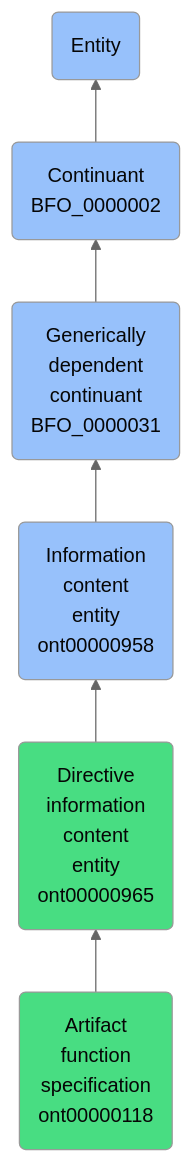
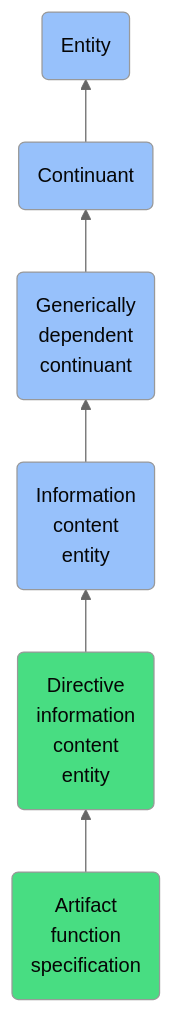
One commit to jupyter-naas/abi changed the diagram in docs/ontology/reference/model/Entity/Continuant/Generically dependent continuant/Information content entity/Directive information content entity/Artifact function specification/Artifact function specification.md. Above: the diagram before and after it, drawn with Mermaid (neutral theme). The commit also changed other lines of this file and 1430 other files, not shown here.

````diff
--- a/docs/ontology/reference/model/Entity/Continuant/Generically dependent continuant/Information content entity/Directive information content entity/Artifact function specification/Artifact function specification.md
+++ b/docs/ontology/reference/model/Entity/Continuant/Generically dependent continuant/Information content entity/Directive information content entity/Artifact function specification/Artifact function specification.md
@@ -24,13 +24,13 @@
 ```mermaid
 graph BT
-    ont00000118(Artifact<br>function<br>specification<br>ont00000118):::ABI-->ont00000965
-    ont00000965(Directive<br>information<br>content<br>entity<br>ont00000965):::ABI-->ont00000958
-    ont00000958(Information<br>content<br>entity<br>ont00000958):::BFO-->BFO_0000031
-    BFO_0000031(Generically<br>dependent<br>continuant<br>BFO_0000031):::BFO-->BFO_0000002
-    BFO_0000002(Continuant<br>BFO_0000002):::BFO-->BFO_0000001
+    ont00000118(Artifact<br>function<br>specification):::ABI-->ont00000965
+    ont00000965(Directive<br>information<br>content<br>entity):::ABI-->ont00000958
+    ont00000958(Information<br>content<br>entity):::BFO-->BFO_0000031
+    BFO_0000031(Generically<br>dependent<br>continuant):::BFO-->BFO_0000002
+    BFO_0000002(Continuant):::BFO-->BFO_0000001
     BFO_0000001(Entity):::BFO
     
     classDef BFO fill:#97c1fb,color:#060606
     classDef CCO fill:#e4c51e,color:#060606
     classDef ABI fill:#48DD82,color:#060606
 ```
````
